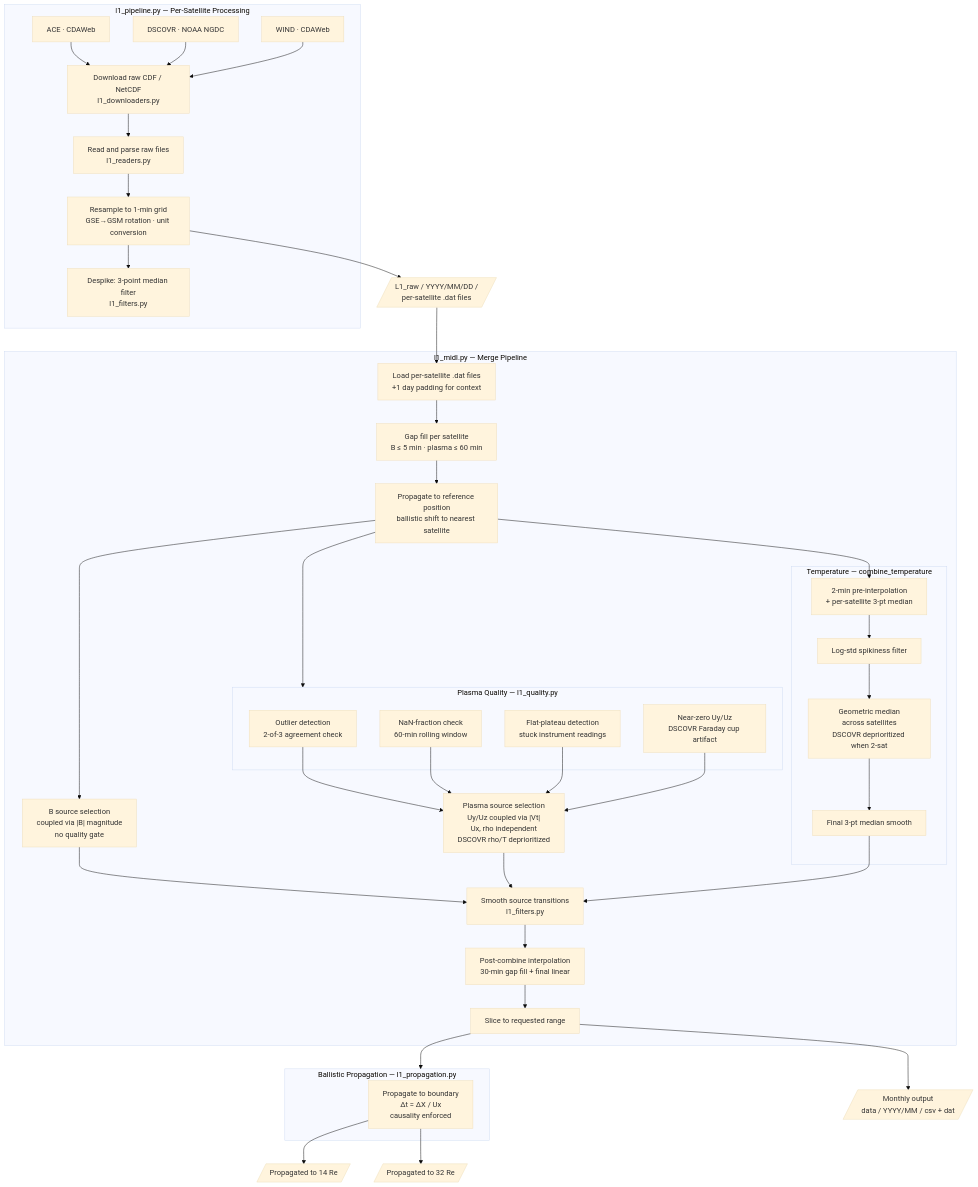
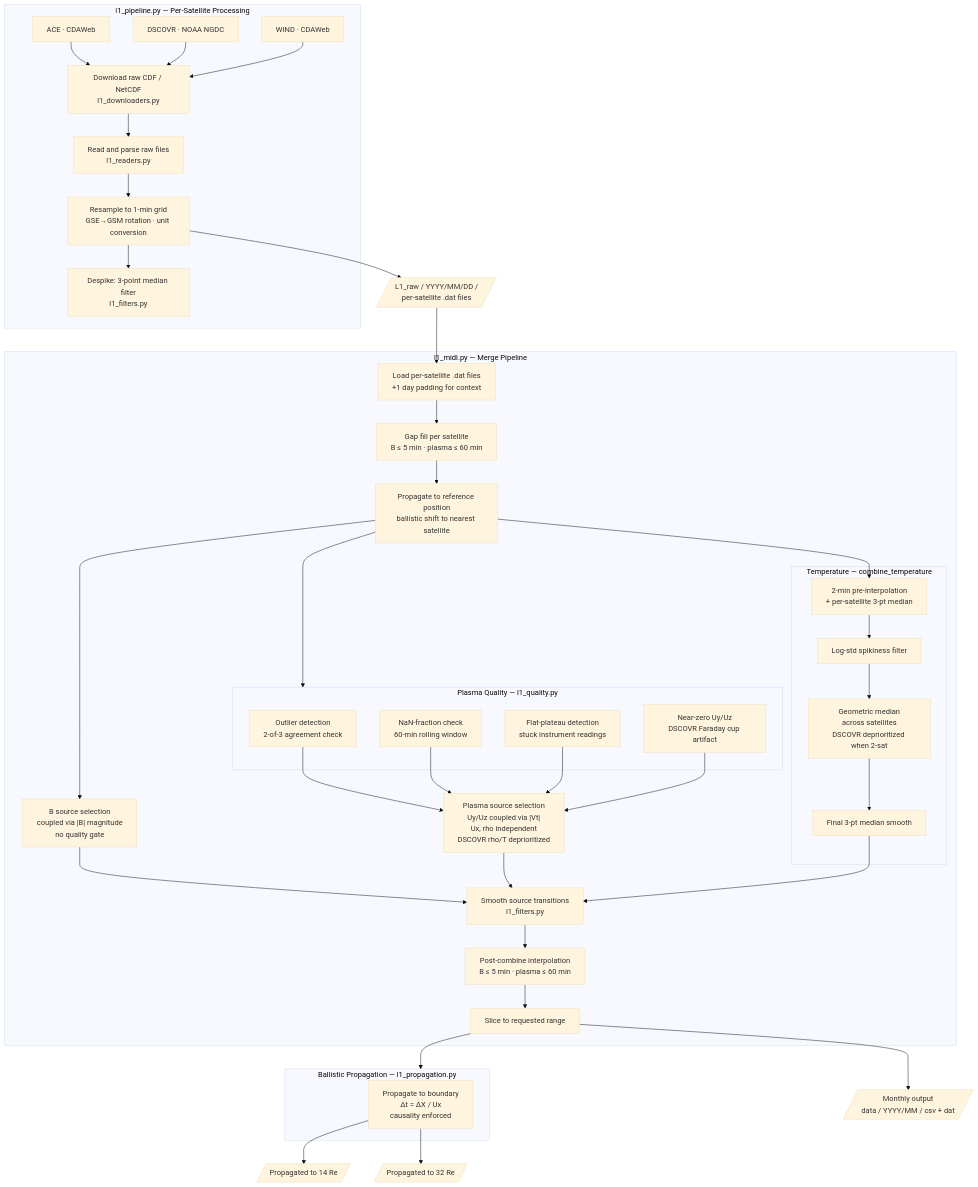
One commit to connordimarco/meldpy changed the diagram in README.md. Above: the diagram before and after it, drawn with Mermaid (base theme). The commit also changed other lines of this file and 4 other files, not shown here.

````diff
--- a/README.md
+++ b/README.md
@@ -9,72 +9,72 @@
 ```mermaid
 flowchart TD
     subgraph PIPE["l1_pipeline.py — Per-Satellite Processing"]
         ACE["ACE · CDAWeb"]
         DSC["DSCOVR · NOAA NGDC"]
         WND["WIND · CDAWeb"]
         DL["Download raw CDF / NetCDF\nl1_downloaders.py"]
         RD["Read and parse raw files\nl1_readers.py"]
         RS["Resample to 1-min grid\nGSE→GSM rotation · unit conversion"]
         DS1["Despike: 3-point median filter\nl1_filters.py"]
         ACE & DSC & WND --> DL --> RD --> RS --> DS1
     end
 
     L1R[/"L1_raw / YYYY/MM/DD /\nper-satellite .dat files"/]
 
     RS  --> L1R
 
     subgraph COMB["l1_midl.py — Merge Pipeline"]
         LD["Load per-satellite .dat files\n+1 day padding for context"]
         GF["Gap fill per satellite\nB ≤ 5 min · plasma ≤ 60 min"]
         PR["Propagate to reference position\nballistic shift to nearest satellite"]
 
         subgraph QC["Plasma Quality — l1_quality.py"]
             Q1["Outlier detection\n2-of-3 agreement check"]
             Q3["NaN-fraction check\n60-min rolling window"]
             Q4["Flat-plateau detection\nstuck instrument readings"]
             Q5["Near-zero Uy/Uz\nDSCOVR Faraday cup artifact"]
         end
 
         BSS["B source selection\ncoupled via |B| magnitude\nno quality gate"]
         PSS["Plasma source selection\nUy/Uz coupled via |Vt|\nUx, rho independent\nDSCOVR rho/T deprioritized"]
 
         subgraph TC["Temperature — combine_temperature"]
             T1["2-min pre-interpolation\n+ per-satellite 3-pt median"]
             T2["Log-std spikiness filter"]
             T3["Geometric median\nacross satellites\nDSCOVR deprioritized when 2-sat"]
             T4["Final 3-pt median smooth"]
             T1 --> T2 --> T3 --> T4
         end
 
         ST["Smooth source transitions\nl1_filters.py"]
-        IP["Post-combine interpolation\n30-min gap fill + final linear"]
+        IP["Post-combine interpolation\nB ≤ 5 min · plasma ≤ 60 min"]
         SL["Slice to requested range"]
 
         LD  --> GF
         GF  --> PR
         PR  --> QC
         PR  --> BSS
         PR  --> T1
         Q1 & Q3 & Q4 & Q5 --> PSS
         BSS --> ST
         PSS --> ST
         T4  --> ST
         ST  --> IP
         IP  --> SL
     end
 
     OUT[/"Monthly output\ndata / YYYY/MM / csv + dat"/]
 
     subgraph PROP["Ballistic Propagation — l1_propagation.py"]
         BP["Propagate to boundary\nΔt = ΔX / Ux\ncausality enforced"]
     end
 
     IMF14[/"Propagated to 14 Re"/]
     IMF32[/"Propagated to 32 Re"/]
 
     L1R --> LD
     SL  --> OUT
     SL  --> PROP
     BP  --> IMF14
     BP  --> IMF32
 ```
````
